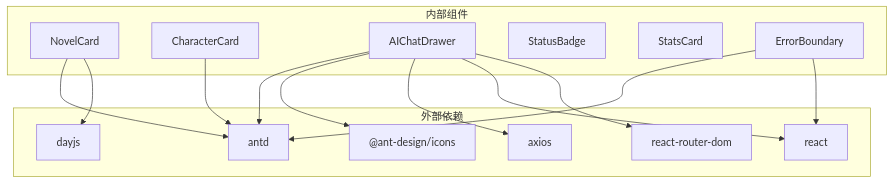
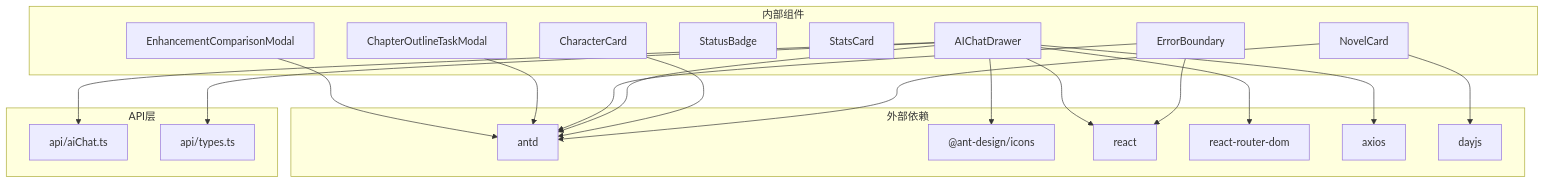
Before and after one commit to xfbyxq/ai-novel-system: the eighth of 8 diagrams in .qoder/repowiki/zh/content/前端架构/UI组件库/UI组件库.md, drawn with Mermaid. The commit also changed other lines of this file and 29 other files, not shown here.

````diff
--- a/.qoder/repowiki/zh/content/前端架构/UI组件库/UI组件库.md
+++ b/.qoder/repowiki/zh/content/前端架构/UI组件库/UI组件库.md
@@ -326,29 +385,39 @@
 ```mermaid
 graph TB
 subgraph "外部依赖"
 AD["antd"]
 AIcons["@ant-design/icons"]
 R["react"]
 RR["react-router-dom"]
 AX["axios"]
 DJ["dayjs"]
 end
 subgraph "内部组件"
 NC["NovelCard"]
 CC["CharacterCard"]
 ACD["AIChatDrawer"]
 SB["StatusBadge"]
 SC["StatsCard"]
 EB["ErrorBoundary"]
+CTM["ChapterOutlineTaskModal"]
+ECM["EnhancementComparisonModal"]
+end
+subgraph "API层"
+TAC["api/aiChat.ts"]
+TP["api/types.ts"]
 end
 NC --> AD
 CC --> AD
 ACD --> AD
 ACD --> AIcons
 ACD --> AX
+ACD --> TAC
+ACD --> TP
 NC --> DJ
 EB --> AD
 EB --> R
 ACD --> R
 ACD --> RR
+CTM --> AD
+ECM --> AD
 ```
````
